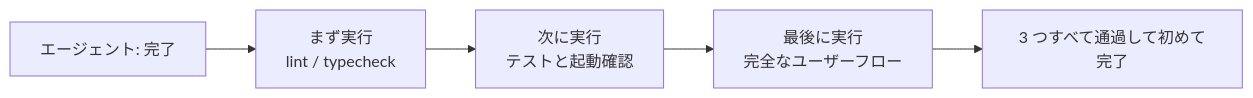
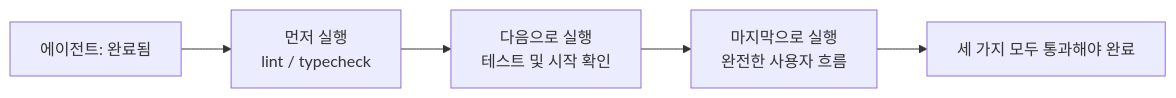
The first of 2 diagrams in docs/ko/lectures/lecture-09-why-agents-declare-victory-too-early/index.md (mkusaka/learn-harness-engineering), drawn with Mermaid before and after one commit. The commit also changed other lines of this file and 684 other files, not shown here.

````diff
--- a/docs/ko/lectures/lecture-09-why-agents-declare-victory-too-early/index.md
+++ b/docs/ko/lectures/lecture-09-why-agents-declare-victory-too-early/index.md
@@ -22,7 +22,7 @@
 ```mermaid
 flowchart LR
-    Claim["エージェント: 完了"] --> L1["まず実行<br/>lint / typecheck"]
-    L1 --> L2["次に実行<br/>テストと起動確認"]
-    L2 --> L3["最後に実行<br/>完全なユーザーフロー"]
-    L3 --> Done["3 つすべて通過して初めて完了"]
+    Claim["에이전트: 완료됨"] --> L1["먼저 실행<br/>lint / typecheck"]
+    L1 --> L2["다음으로 실행<br/>테스트 및 시작 확인"]
+    L2 --> L3["마지막으로 실행<br/>완전한 사용자 흐름"]
+    L3 --> Done["세 가지 모두 통과해야 완료"]
 ```
````
